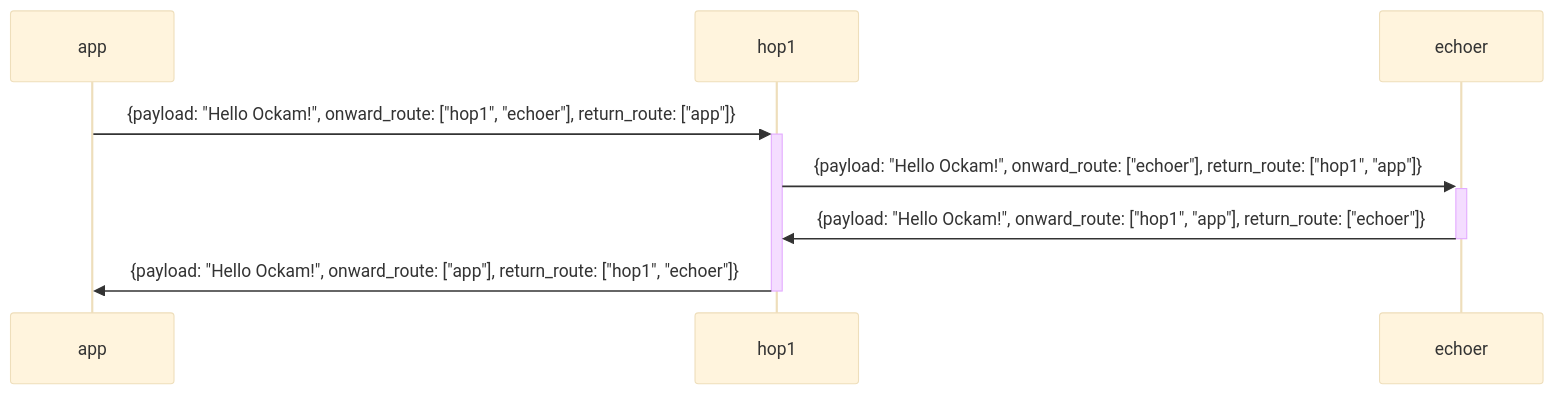
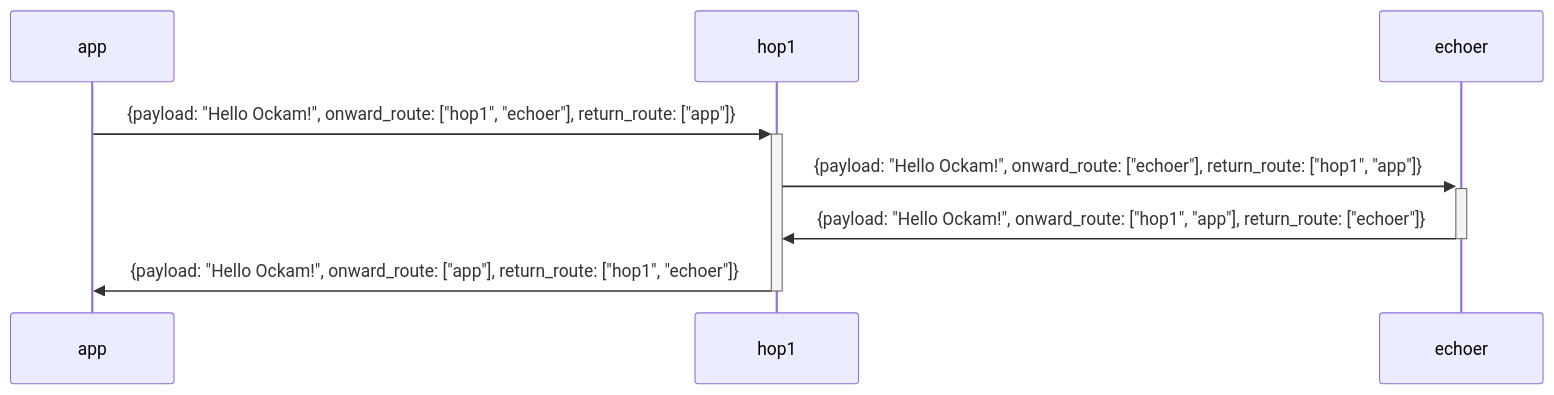
The diagram in documentation/guides/rust/get-started/03-routing/sequence.mmd (build-trust/ockam), drawn with Mermaid before and after one commit. The commit also changed 26 other files, not shown here.

Commit message:
docs: improve diagrams in rust get started guide

```diff
--- a/documentation/guides/rust/get-started/03-routing/sequence.mmd
+++ b/documentation/guides/rust/get-started/03-routing/sequence.mmd
@@ -1,6 +1,5 @@
-%%{init: {'securityLevel': 'loose', 'theme':'base'}}%%
-  sequenceDiagram
-    app->>+hop1: {payload: "Hello Ockam!", onward_route: ["hop1", "echoer"], return_route: ["app"]}
-    hop1->>+echoer: {payload: "Hello Ockam!", onward_route: ["echoer"], return_route: ["hop1", "app"]}
-    echoer->>-hop1: {payload: "Hello Ockam!", onward_route: ["hop1", "app"], return_route: ["echoer"]}
-    hop1->>-app: {payload: "Hello Ockam!", onward_route: ["app"], return_route: ["hop1", "echoer"]}
+sequenceDiagram
+  app->>+hop1: {payload: "Hello Ockam!", onward_route: ["hop1", "echoer"], return_route: ["app"]}
+  hop1->>+echoer: {payload: "Hello Ockam!", onward_route: ["echoer"], return_route: ["hop1", "app"]}
+  echoer->>-hop1: {payload: "Hello Ockam!", onward_route: ["hop1", "app"], return_route: ["echoer"]}
+  hop1->>-app: {payload: "Hello Ockam!", onward_route: ["app"], return_route: ["hop1", "echoer"]}
```
